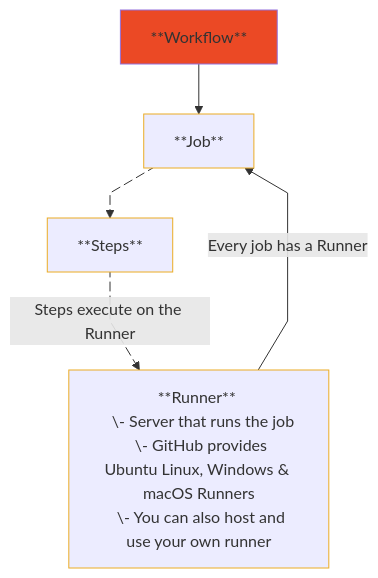
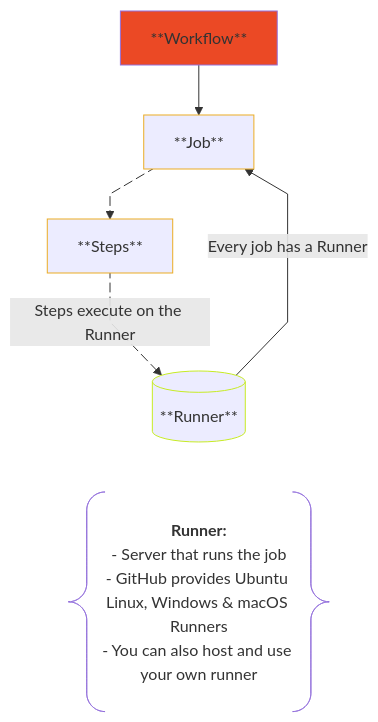
Before and after one commit to rtdevx/rtdevx.github.io: the second of 2 diagrams in content/posts/training/GitHub/2025-github-actions/03-fundamentals/index.md, drawn with Mermaid.

Commit message:
Obsidian sync: 2025-12-09 11:26:10

```diff
--- a/content/posts/training/GitHub/2025-github-actions/03-fundamentals/index.md
+++ b/content/posts/training/GitHub/2025-github-actions/03-fundamentals/index.md
@@ -182,23 +182,24 @@
 {{< mermaid >}}
 flowchart TD
+
+E@{ shape: braces, label: "**Runner:**
+- Server that runs the job
+- GitHub provides Ubuntu Linux, Windows & macOS Runners
+- You can also host and use your own runner" }
 
 classDef redclass fill:#EB4925
 classDef yellowclass stroke:#EBAC25
 classDef greenclass stroke:#C7EB25
 
   A[**Workflow**]:::redclass a1@--> B[**Job**]:::yellowclass
   a1@{ curve: linear }
   B b1@--> C[**Steps**]:::yellowclass
   b1@{ curve: linear }
   b1@{ animate: true }  
-  C c1@-->|Steps execute on the Runner| D[
-  **Runner** 
-  \- Server that runs the job
-  \- GitHub provides Ubuntu Linux, Windows & macOS Runners
-  \- You can also host and use your own runner
-  ]:::yellowclass
+  C c1@-->|Steps execute on the Runner| D[(**Runner**)]:::greenclass
   c1@{ curve: linear }
   c1@{ animate: true }  
   D d1@-->|Every job has a Runner| B[**Job**]
   d1@{ curve: linear }
+   D ~~~ E
 {{< /mermaid >}}
```
